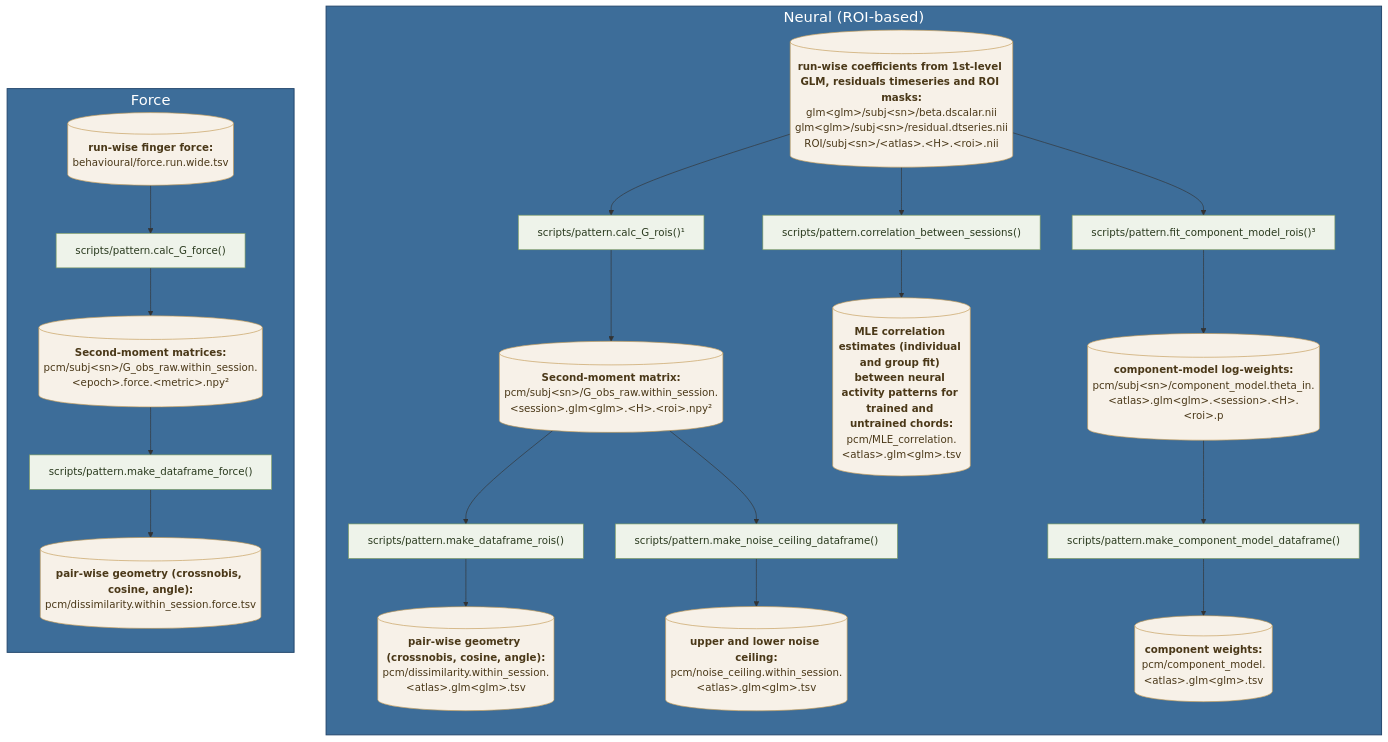
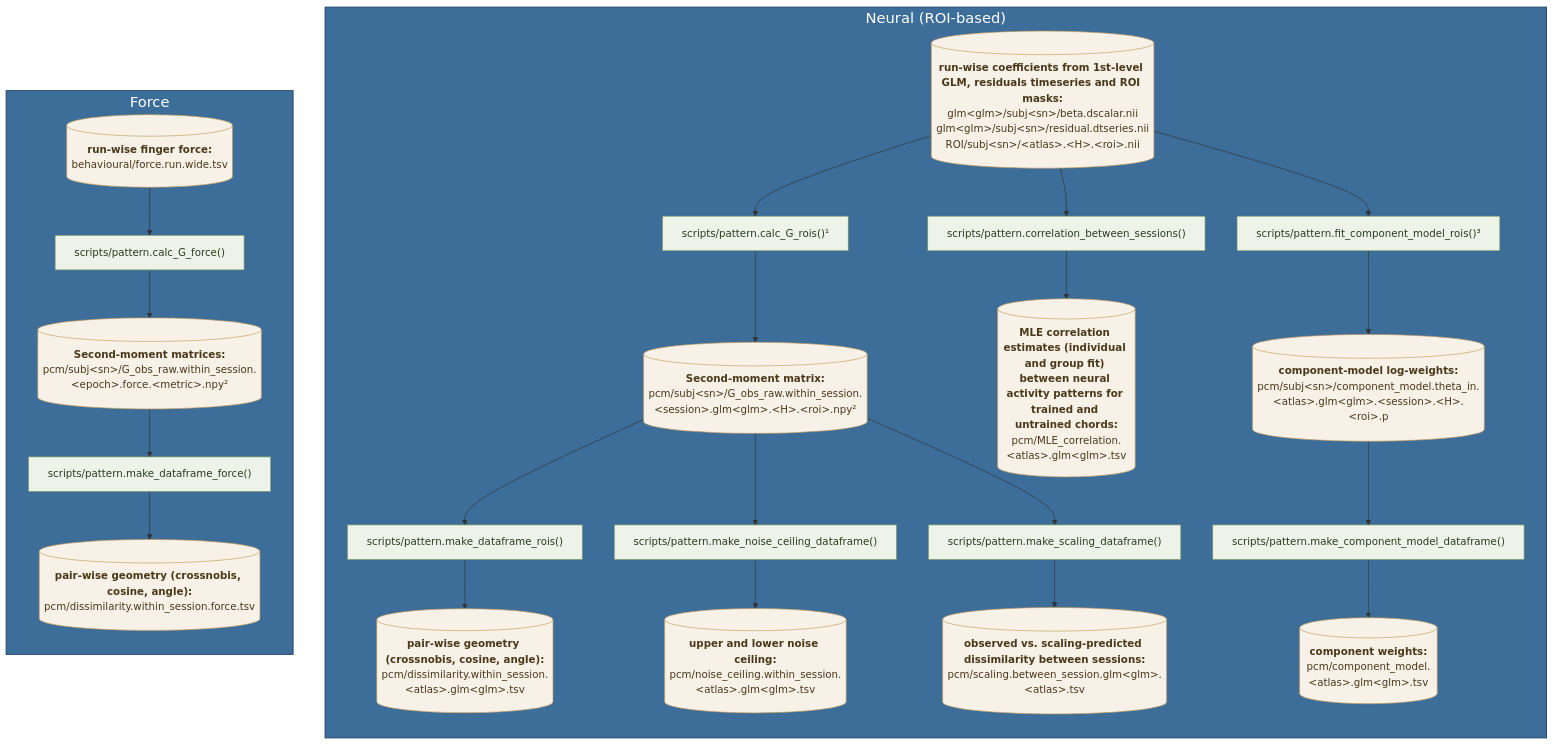
One commit to mnlmrc/extension-flexion-chords changed the third of 3 diagrams in README.md. Above: the diagram before and after it, drawn with Mermaid. The commit also changed other lines of this file and 19 other files, not shown here.

````diff
--- a/README.md
+++ b/README.md
@@ -219,63 +219,68 @@
 ```mermaid
 flowchart TB
     subgraph NEURAL ["Neural (ROI-based)"]
         direction TB
         NBETA[("<b>run-wise coefficients from 1st-level GLM, residuals timeseries and ROI masks:</b><br/>glm#lt;glm#gt;/subj#lt;sn#gt;/beta.dscalar.nii<br/>glm#lt;glm#gt;/subj#lt;sn#gt;/residual.dtseries.nii<br/>ROI/subj#lt;sn#gt;/#lt;atlas#gt;.#lt;H#gt;.#lt;roi#gt;.nii")]:::data
 
         P_GROIS["scripts/pattern.calc_G_rois()¹"]:::code
         GROIS[("<b>Second-moment matrix:</b><br/>pcm/subj#lt;sn#gt;/G_obs_raw.within_session.#lt;session#gt;.glm#lt;glm#gt;.#lt;H#gt;.#lt;roi#gt;.npy²")]:::data
 
         P_DFROIS["scripts/pattern.make_dataframe_rois()"]:::code
         DFROIS[("<b>pair-wise geometry (crossnobis, cosine, angle):</b><br/>pcm/dissimilarity.within_session.#lt;atlas#gt;.glm#lt;glm#gt;.tsv")]:::data
 
         P_NC["scripts/pattern.make_noise_ceiling_dataframe()"]:::code
         NC[("<b>upper and lower noise ceiling:</b><br/>pcm/noise_ceiling.within_session.#lt;atlas#gt;.glm#lt;glm#gt;.tsv")]:::data
+
+        P_SCALE["scripts/pattern.make_scaling_dataframe()"]:::code
+        SCALE[("<b>observed vs. scaling-predicted dissimilarity between sessions:</b><br/>pcm/scaling.between_session.glm#lt;glm#gt;.#lt;atlas#gt;.tsv")]:::data
 
         P_CORR["scripts/pattern.correlation_between_sessions()"]:::code
         CORRMLE[("<b>MLE correlation estimates (individual and group fit) between neural activity patterns for trained and untrained chords:</b><br/>pcm/MLE_correlation.#lt;atlas#gt;.glm#lt;glm#gt;.tsv")]:::data
     %% CORRXVAL[("<b>cross-validated across-session cosine:</b><br/>pcm/xval_correlation.#lt;atlas#gt;.glm#lt;glm#gt;.tsv")]:::data
     %% CORRCOV[("<b>across-session cov per session-pair and chord set:</b><br/>pcm/cov.corr_across_sess.glm#lt;glm#gt;.#lt;spair#gt;.#lt;chord#gt;.#lt;H#gt;.#lt;roi#gt;.npy")]:::data
 
         P_CFIT["scripts/pattern.fit_component_model_rois()³"]:::code
         CTHETA[("<b>component-model log-weights:</b><br/>pcm/subj#lt;sn#gt;/component_model.theta_in.#lt;atlas#gt;.glm#lt;glm#gt;.#lt;session#gt;.#lt;H#gt;.#lt;roi#gt;.p")]:::data
 
         P_CSUM["scripts/pattern.make_component_model_dataframe()"]:::code
         CMODEL[("<b>component weights:</b><br/>pcm/component_model.#lt;atlas#gt;.glm#lt;glm#gt;.tsv")]:::data
 
         NBETA --> P_GROIS
         P_GROIS --> GROIS
         GROIS --> P_DFROIS
         P_DFROIS --> DFROIS
         GROIS --> P_NC
         P_NC --> NC
+        GROIS --> P_SCALE
+        P_SCALE --> SCALE
         NBETA --> P_CORR
         P_CORR --> CORRMLE
     %% P_CORR --> CORRXVAL
     %% P_CORR --> CORRCOV
         NBETA --> P_CFIT
         P_CFIT --> CTHETA
         CTHETA --> P_CSUM
         P_CSUM --> CMODEL
     end
 
     subgraph FORCE ["Force"]
         direction TB
         FRUN[("<b>run-wise finger force:</b><br/>behavioural/force.run.wide.tsv")]:::data
 
         P_GFORCE["scripts/pattern.calc_G_force()"]:::code
         GFORCE[("<b>Second-moment matrices:</b><br/>pcm/subj#lt;sn#gt;/G_obs_raw.within_session.#lt;epoch#gt;.force.#lt;metric#gt;.npy²")]:::data
 
         P_DFFORCE["scripts/pattern.make_dataframe_force()"]:::code
         DFFORCE[("<b>pair-wise geometry (crossnobis, cosine, angle):</b><br/>pcm/dissimilarity.within_session.force.tsv")]:::data
 
         FRUN --> P_GFORCE
         P_GFORCE --> GFORCE
         GFORCE --> P_DFFORCE
         P_DFFORCE --> DFFORCE
     end
 
     classDef code  fill:#eef3ea,stroke:#7a9a5f,color:#2a3a1e;
     classDef data  fill:#f7f1e8,stroke:#c39b56,color:#4a3818;
     classDef group fill:#3d6d99,stroke:#22456b,stroke-width:1.5px,color:#ffffff, font-size:23px;
     class NEURAL,FORCE group;
 ```
````
